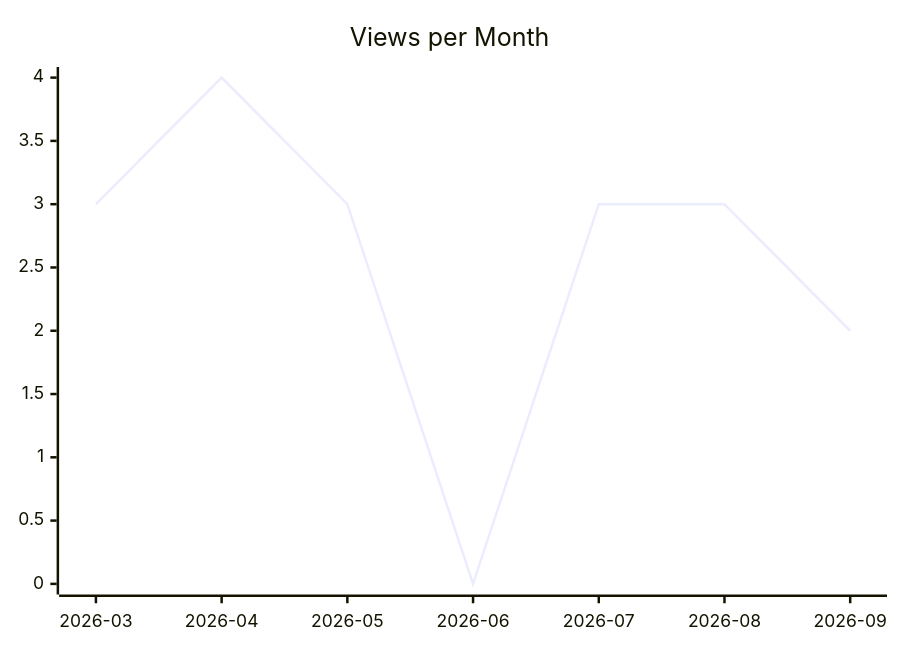
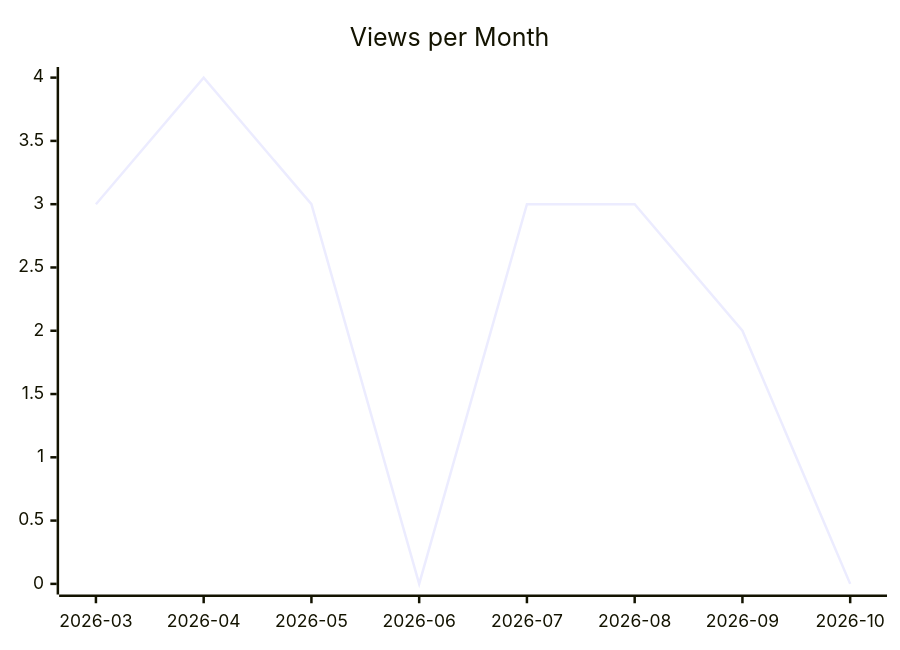
One commit to justdavis-family/github-analytics-data changed the second of 3 diagrams in karlmdavis/kxml2/README.md. Above: the diagram before and after it, drawn with Mermaid. The commit also changed other lines of this file and 202 other files, not shown here.

````diff
--- a/karlmdavis/kxml2/README.md
+++ b/karlmdavis/kxml2/README.md
@@ -12,6 +12,6 @@
 ```mermaid
 xychart-beta
   title "Views per Month"
-  x-axis ["2026-03", "2026-04", "2026-05", "2026-06", "2026-07", "2026-08", "2026-09"]
-  line [3, 4, 3, 0, 3, 3, 2]
+  x-axis ["2026-03", "2026-04", "2026-05", "2026-06", "2026-07", "2026-08", "2026-09", "2026-10"]
+  line [3, 4, 3, 0, 3, 3, 2, 0]
 ```
````
